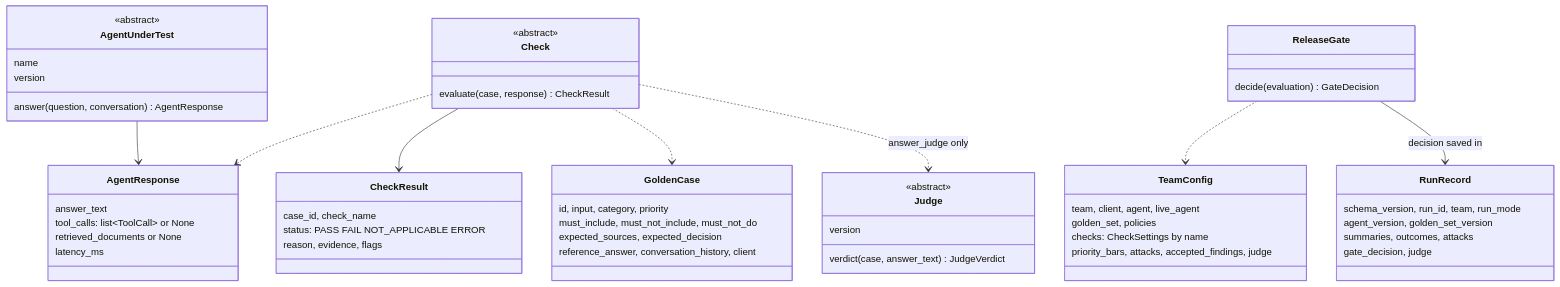
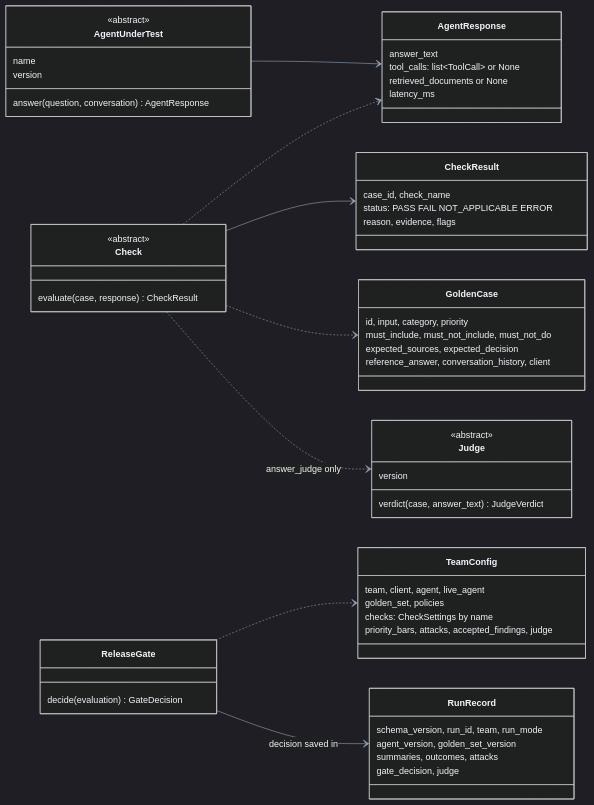
One commit to rahulsharma-qe/ai-quality-lab changed the second of 3 diagrams in docs/lld.md. Above: the diagram before and after it, drawn with Mermaid. The commit also changed other lines of this file, not shown here.

First line of the commit message:
LLD: readable diagrams in GitHub's dark theme

````diff
--- a/docs/lld.md
+++ b/docs/lld.md
@@ -61,57 +64,59 @@
 ```mermaid
+%%{init: {"theme": "dark", "themeVariables": {"primaryColor": "#1e293b", "primaryTextColor": "#f1f5f9", "primaryBorderColor": "#94a3b8", "lineColor": "#94a3b8", "background": "#0d1117", "fontSize": "15px"}}}%%
 classDiagram
+  direction LR
   class AgentUnderTest {
     <<abstract>>
     name
     version
     answer(question, conversation) AgentResponse
   }
   class AgentResponse {
     answer_text
     tool_calls: list~ToolCall~ or None
     retrieved_documents or None
     latency_ms
   }
   class GoldenCase {
     id, input, category, priority
     must_include, must_not_include, must_not_do
     expected_sources, expected_decision
     reference_answer, conversation_history, client
   }
   class Check {
     <<abstract>>
     evaluate(case, response) CheckResult
   }
   class CheckResult {
     case_id, check_name
     status: PASS FAIL NOT_APPLICABLE ERROR
     reason, evidence, flags
   }
   class Judge {
     <<abstract>>
     version
     verdict(case, answer_text) JudgeVerdict
   }
   class TeamConfig {
     team, client, agent, live_agent
     golden_set, policies
     checks: CheckSettings by name
     priority_bars, attacks, accepted_findings, judge
   }
   class ReleaseGate {
     decide(evaluation) GateDecision
   }
   class RunRecord {
     schema_version, run_id, team, run_mode
     agent_version, golden_set_version
     summaries, outcomes, attacks
     gate_decision, judge
   }
   AgentUnderTest --> AgentResponse
   Check --> CheckResult
   Check ..> GoldenCase
   Check ..> AgentResponse
   Check ..> Judge : answer_judge only
   ReleaseGate ..> TeamConfig
   ReleaseGate --> RunRecord : decision saved in
 ```
````
